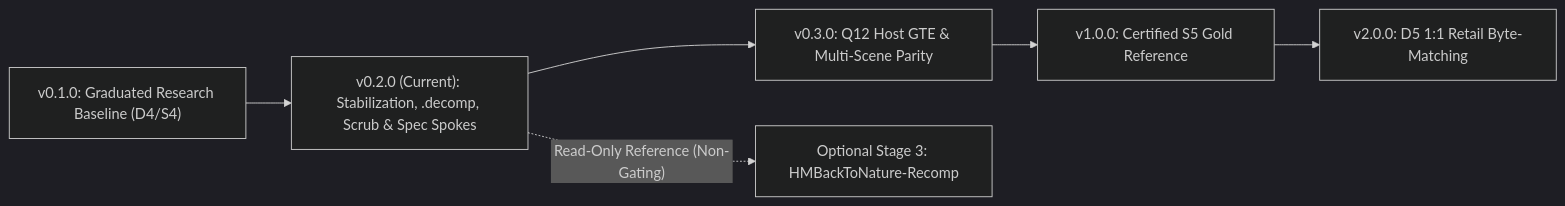
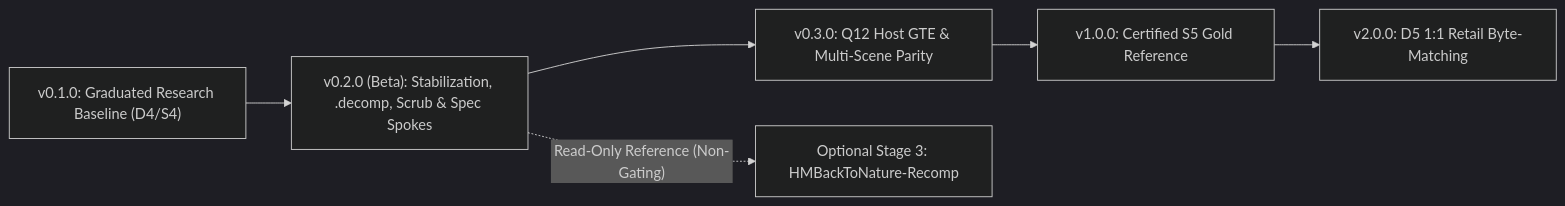
Before and after one commit to StreamResearch/HarvestMoonBackToNature-PlayStation: the diagram in ROADMAP.md, drawn with Mermaid (dark theme). The commit also changed other lines of this file and 11 other files, not shown here.

````diff
--- a/ROADMAP.md
+++ b/ROADMAP.md
@@ -15,8 +15,8 @@
 ```mermaid
 flowchart LR
-    V010["v0.1.0: Graduated Research Baseline (D4/S4)"] --> V020["v0.2.0 (Current): Stabilization, .decomp, Scrub & Spec Spokes"]
+    V010["v0.1.0: Graduated Research Baseline (D4/S4)"] --> V020["v0.2.0 (Beta): Stabilization, .decomp, Scrub & Spec Spokes"]
     V020 --> V030["v0.3.0: Q12 Host GTE & Multi-Scene Parity"]
     V030 --> V100["v1.0.0: Certified S5 Gold Reference"]
     V100 --> V200["v2.0.0: D5 1:1 Retail Byte-Matching"]
     V020 -. "Read-Only Reference (Non-Gating)" .-> OptR["Optional Stage 3: HMBackToNature-Recomp"]
 ```
````
